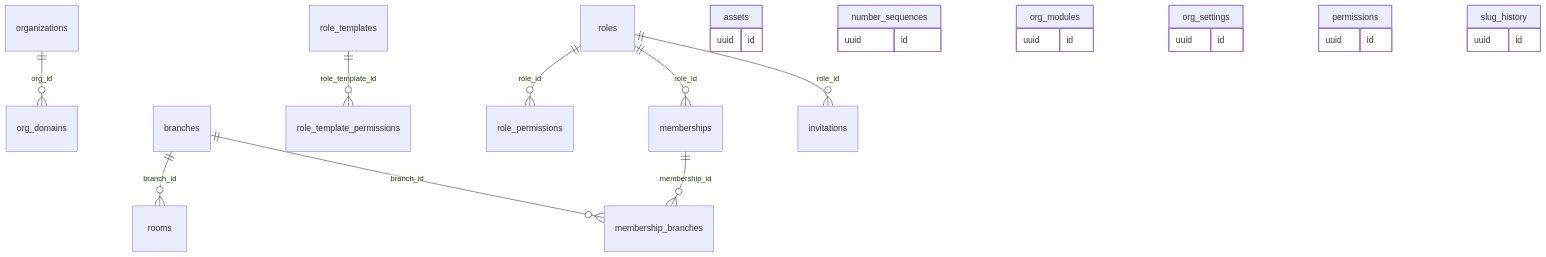
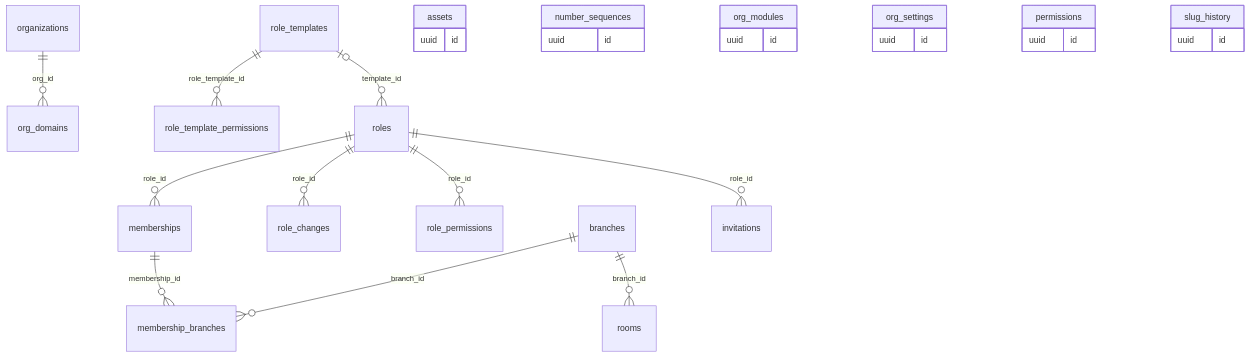
One commit to sakalyatechnologies/aarogyam changed the fourth of 13 diagrams in docs/database.md. Above: the diagram before and after it, drawn with Mermaid. The commit also changed other lines of this file and 33 other files, not shown here.

````diff
--- a/docs/database.md
+++ b/docs/database.md
@@ -471,29 +471,31 @@
 ```mermaid
 erDiagram
   organizations ||--o{ org_domains : "org_id"
   branches ||--o{ rooms : "branch_id"
   role_templates ||--o{ role_template_permissions : "role_template_id"
+  role_templates |o--o{ roles : "template_id"
+  roles ||--o{ role_changes : "role_id"
   roles ||--o{ role_permissions : "role_id"
   roles ||--o{ memberships : "role_id"
   memberships ||--o{ membership_branches : "membership_id"
   branches ||--o{ membership_branches : "branch_id"
   roles ||--o{ invitations : "role_id"
   assets {
     uuid id
   }
   number_sequences {
     uuid id
   }
   org_modules {
     uuid id
   }
   org_settings {
     uuid id
   }
   permissions {
     uuid id
   }
   slug_history {
     uuid id
   }
 ```
````
